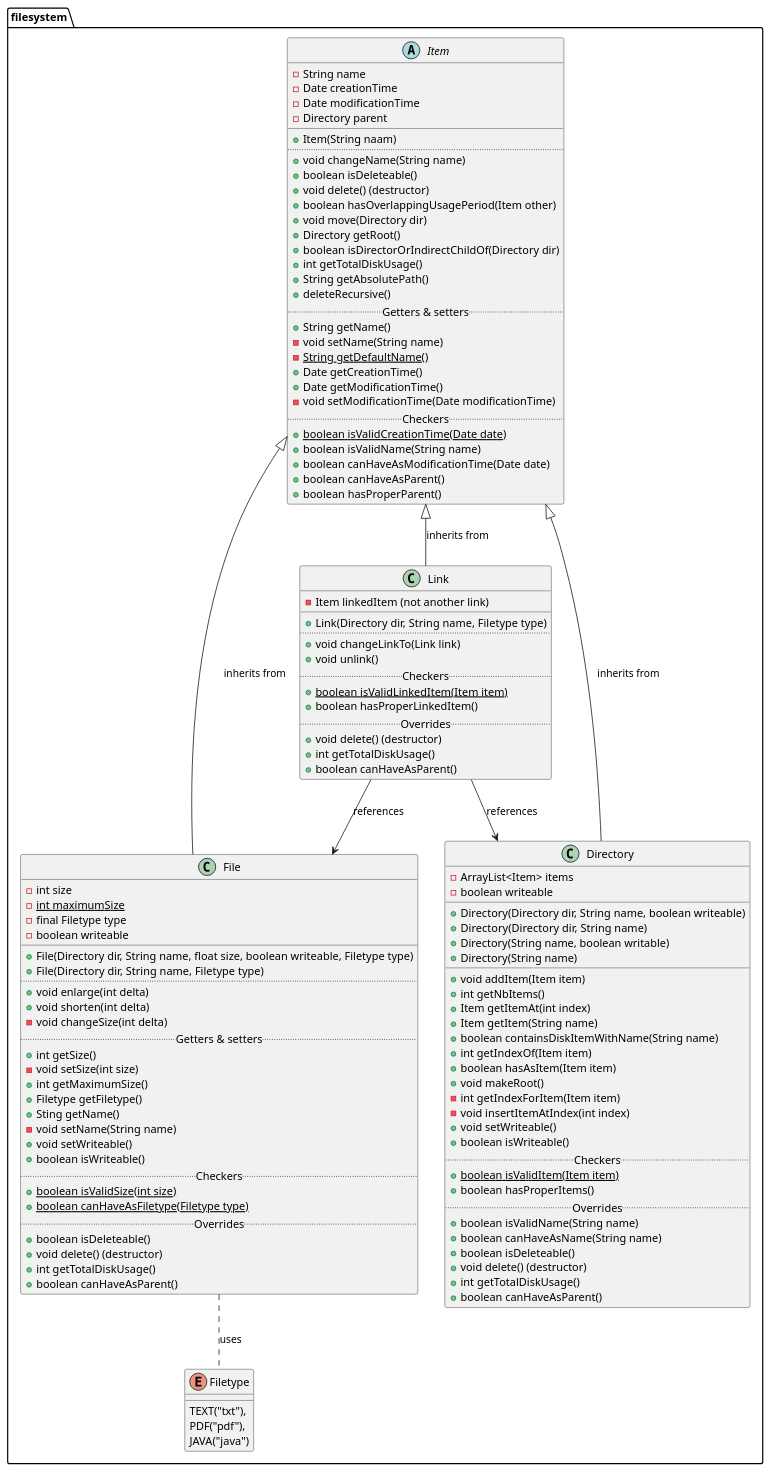
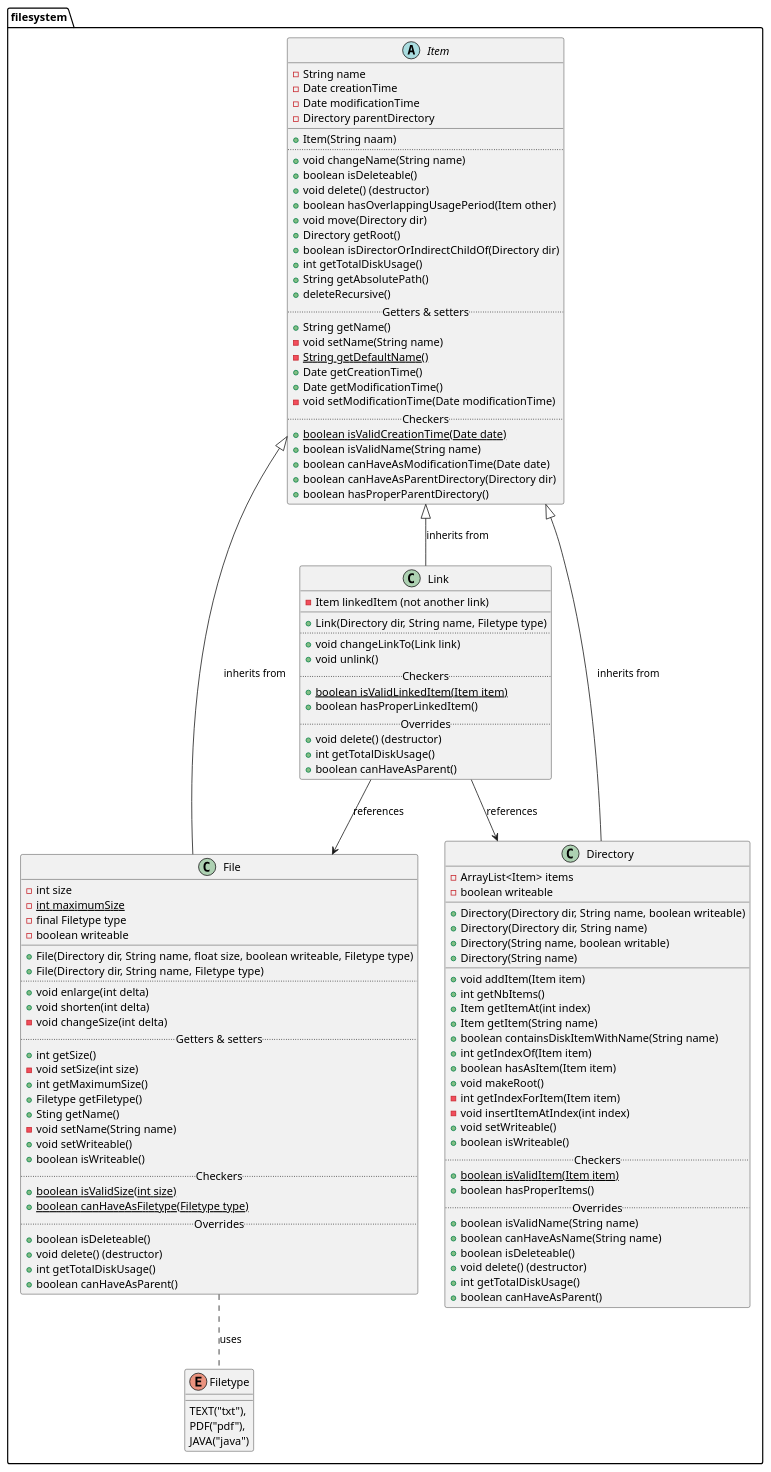
Before and after one commit to vanschependom/KULAK_ogp-practicum2: the diagram in class-diagram/classdiagram_update.puml, drawn with PlantUML.

Commit message:
Updated the class diagram.

```diff
--- a/class-diagram/classdiagram_update.puml
+++ b/class-diagram/classdiagram_update.puml
@@ -1,135 +1,135 @@
 @startuml
 
 package filesystem {
 
 abstract Item {
     - String name
     - Date creationTime
     - Date modificationTime
-    - Directory parent
+    - Directory parentDirectory
 __
     + Item(String naam)
 ..
     + void changeName(String name)
     + boolean isDeleteable()
     + void delete() (destructor)
     + boolean hasOverlappingUsagePeriod(Item other)
     + void move(Directory dir)
     + Directory getRoot()
     + boolean isDirectorOrIndirectChildOf(Directory dir)
     + int getTotalDiskUsage()
     + String getAbsolutePath()
     + deleteRecursive()
 ..Getters & setters..
     + String getName()
     - void setName(String name)
     - {static} String getDefaultName()
     + Date getCreationTime()
     + Date getModificationTime()
     - void setModificationTime(Date modificationTime)
 ..Checkers..
     + {static} boolean isValidCreationTime(Date date)
     + boolean isValidName(String name)
     + boolean canHaveAsModificationTime(Date date)
-    + boolean canHaveAsParent()
-    + boolean hasProperParent()
+    + boolean canHaveAsParentDirectory(Directory dir)
+    + boolean hasProperParentDirectory()
 }
 
 class File {
     - int size
     - {static} int maximumSize
     - final Filetype type
     - boolean writeable
 __
     + File(Directory dir, String name, float size, boolean writeable, Filetype type)
     + File(Directory dir, String name, Filetype type)
 ..
     + void enlarge(int delta)
     + void shorten(int delta)
     - void changeSize(int delta)
 ..Getters & setters..
     + int getSize()
     - void setSize(int size)
     + int getMaximumSize()
     + Filetype getFiletype()
     + Sting getName()
     - void setName(String name)
     + void setWriteable()
     + boolean isWriteable()
 ..Checkers..
     + {static} boolean isValidSize(int size)
     + {static} boolean canHaveAsFiletype(Filetype type)
 ..Overrides..
     + boolean isDeleteable()
     + void delete() (destructor)
     + int getTotalDiskUsage()
     + boolean canHaveAsParent()
 }
 
 enum Filetype {
     TEXT("txt"),
     PDF("pdf"),
     JAVA("java")
 }
 
 class Directory {
     - ArrayList<Item> items
     - boolean writeable
 __
     + Directory(Directory dir, String name, boolean writeable)
     + Directory(Directory dir, String name)
     + Directory(String name, boolean writable)
     + Directory(String name)
 __
     + void addItem(Item item)
     + int getNbItems()
     + Item getItemAt(int index)
     + Item getItem(String name)
     + boolean containsDiskItemWithName(String name)
     + int getIndexOf(Item item)
     + boolean hasAsItem(Item item)
     + void makeRoot()
     - int getIndexForItem(Item item)
     - void insertItemAtIndex(int index)
     + void setWriteable()
     + boolean isWriteable()
 ..Checkers..
     + {static} boolean isValidItem(Item item)
     + boolean hasProperItems()
 .. Overrides ..
     + boolean isValidName(String name)
     + boolean canHaveAsName(String name)
     + boolean isDeleteable()
     + void delete() (destructor)
     + int getTotalDiskUsage()
     + boolean canHaveAsParent()
 }
 
 class Link {
     - Item linkedItem (not another link)
 __
     + Link(Directory dir, String name, Filetype type)
 ..
     + void changeLinkTo(Link link)
     + void unlink()
 ..Checkers..
     + {static} boolean isValidLinkedItem(Item item)
     + boolean hasProperLinkedItem()
 ..Overrides..
     + void delete() (destructor)
     + int getTotalDiskUsage()
     + boolean canHaveAsParent()
 }
 
 Item <|-- Link: inherits from
 Item <|-- File: inherits from
 Item <|-- Directory: inherits from
 
 File .. Filetype: uses
 
 Link --> File: references
 Link --> Directory: references
 
 }
 
 @enduml
```
